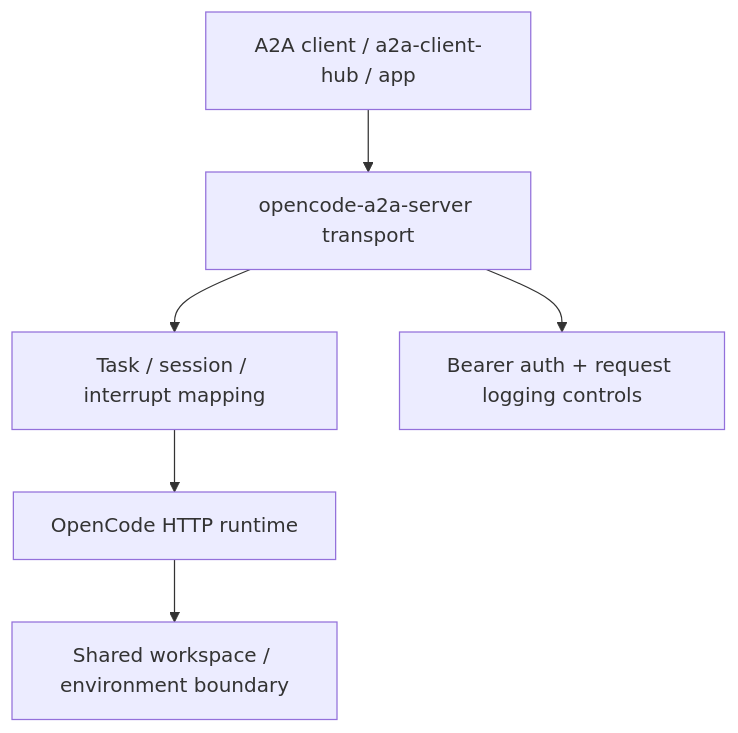
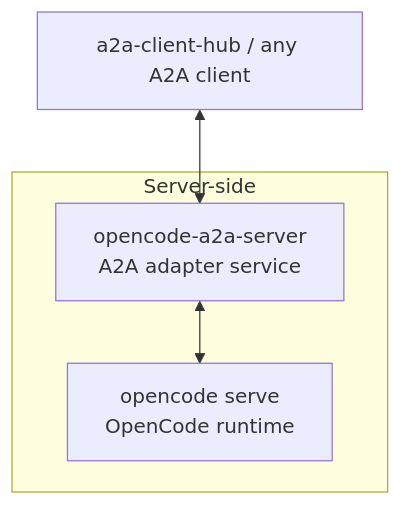
Before and after one commit to Intelligent-Internet/opencode-a2a-serve: the diagram in README.md, drawn with Mermaid. The commit also changed other lines of this file and 3 other files, not shown here.

````diff
--- a/README.md
+++ b/README.md
@@ -79,9 +15,13 @@
 ```mermaid
 flowchart TD
-    Hub["A2A client / a2a-client-hub / app"] --> Api["opencode-a2a-server transport"]
-    Api --> Mapping["Task / session / interrupt mapping"]
-    Mapping --> Runtime["OpenCode HTTP runtime"]
+    Client["a2a-client-hub / any A2A client"]
 
-    Api --> Auth["Bearer auth + request logging controls"]
-    Runtime --> Workspace["Shared workspace / environment boundary"]
+    subgraph ServerSide["Server-side"]
+        Adapter["opencode-a2a-server\nA2A adapter service"]
+        Runtime["opencode serve\nOpenCode runtime"]
+
+        Adapter <--> Runtime
+    end
+
+    Client <--> Adapter
 ```
````
